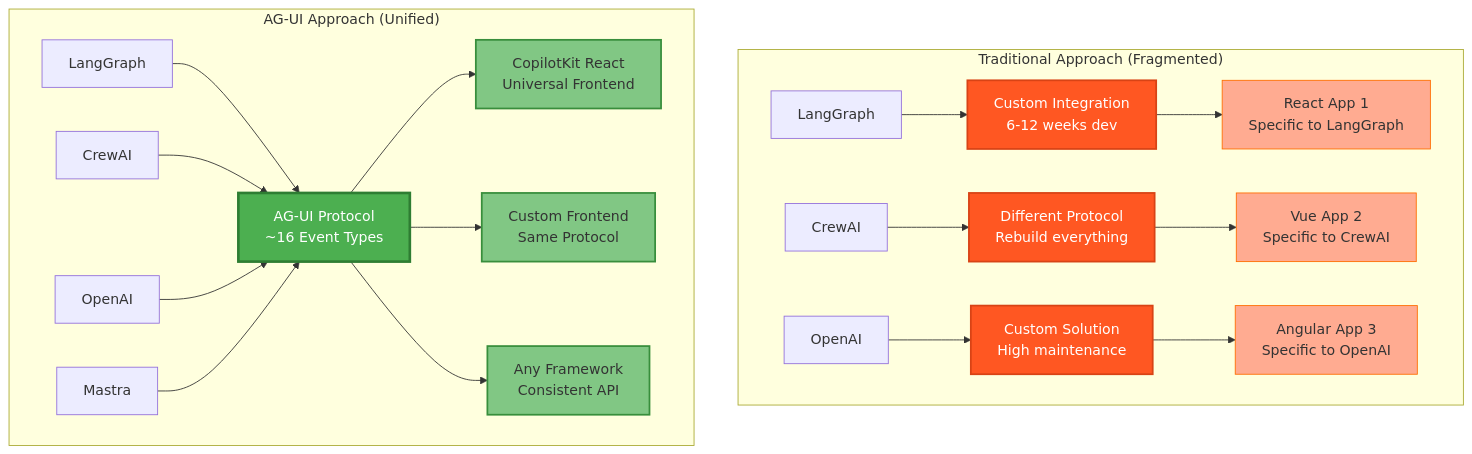
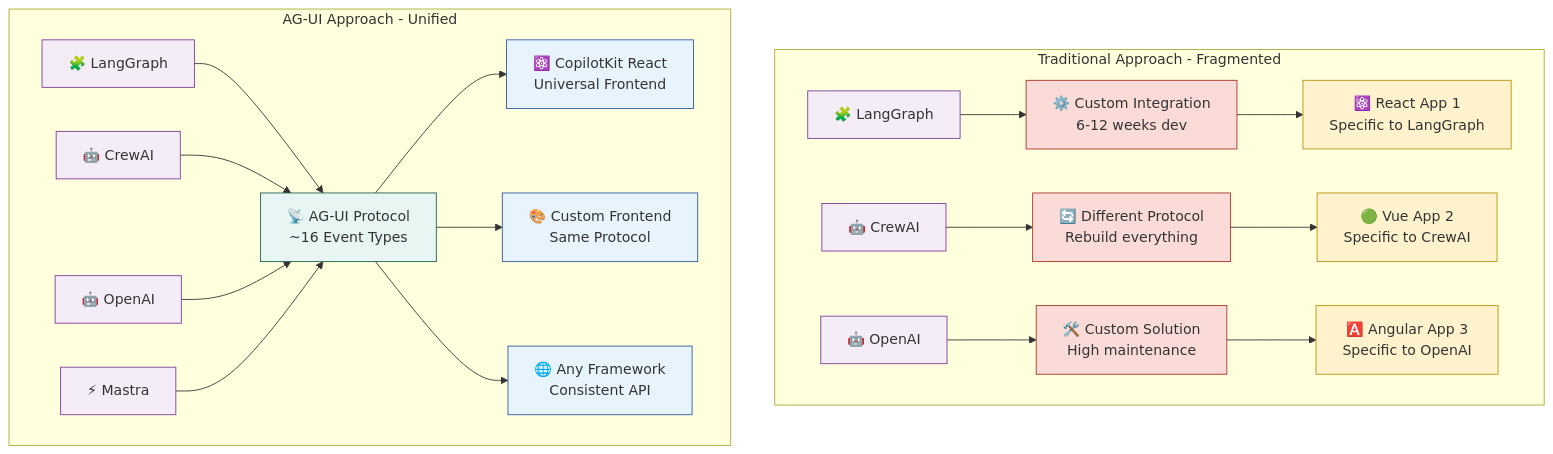
One commit to raphaelmansuy/tutorials changed the second of 9 diagrams in 33_ag_ui.md. Above: the diagram before and after it, drawn with Mermaid. The commit also changed other lines of this file, not shown here.

Commit message:
Enhance AG-UI tutorial with improved Mermaid diagrams, adding icons and styles for better visualization and clarity in integration challenges and protocol comparisons.

````diff
--- a/33_ag_ui.md
+++ b/33_ag_ui.md
@@ -136,34 +150,41 @@
 ```mermaid
 flowchart TB
-    subgraph "Traditional Approach (Fragmented)"
-        A1[LangGraph] --> B1[Custom Integration<br/>6-12 weeks dev]
-        A2[CrewAI] --> B2[Different Protocol<br/>Rebuild everything]
-        A3[OpenAI] --> B3[Custom Solution<br/>High maintenance]
+    subgraph "Traditional Approach - Fragmented"
+        A1[🧩 LangGraph] --> B1[⚙️ Custom Integration<br/>6-12 weeks dev]
+        A2[🤖 CrewAI] --> B2[🔄 Different Protocol<br/>Rebuild everything]
+        A3[🤖 OpenAI] --> B3[🛠️ Custom Solution<br/>High maintenance]
         
-        B1 --> C1[React App 1<br/>Specific to LangGraph]
-        B2 --> C2[Vue App 2<br/>Specific to CrewAI]
-        B3 --> C3[Angular App 3<br/>Specific to OpenAI]
+        B1 --> C1[⚛️ React App 1<br/>Specific to LangGraph]
+        B2 --> C2[🟢 Vue App 2<br/>Specific to CrewAI]
+        B3 --> C3[🅰️ Angular App 3<br/>Specific to OpenAI]
     end
     
-    subgraph "AG-UI Approach (Unified)"
-        D1[LangGraph] --> E[AG-UI Protocol<br/>~16 Event Types]
-        D2[CrewAI] --> E
-        D3[OpenAI] --> E
-        D4[Mastra] --> E
+    subgraph "AG-UI Approach - Unified"
+        D1[🧩 LangGraph] --> E[📡 AG-UI Protocol<br/>~16 Event Types]
+        D2[🤖 CrewAI] --> E
+        D3[🤖 OpenAI] --> E
+        D4[⚡ Mastra] --> E
         
-        E --> F1[CopilotKit React<br/>Universal Frontend]
-        E --> F2[Custom Frontend<br/>Same Protocol]
-        E --> F3[Any Framework<br/>Consistent API]
+        E --> F1[⚛️ CopilotKit React<br/>Universal Frontend]
+        E --> F2[🎨 Custom Frontend<br/>Same Protocol]
+        E --> F3[🌐 Any Framework<br/>Consistent API]
     end
     
-    style E fill:#4caf50,color:#fff,stroke:#2e7d32,stroke-width:3px
-    style B1 fill:#ff5722,color:#fff,stroke:#d84315,stroke-width:2px
-    style B2 fill:#ff5722,color:#fff,stroke:#d84315,stroke-width:2px
-    style B3 fill:#ff5722,color:#fff,stroke:#d84315,stroke-width:2px
-    style F1 fill:#81c784,stroke:#388e3c,stroke-width:2px
-    style F2 fill:#81c784,stroke:#388e3c,stroke-width:2px
-    style F3 fill:#81c784,stroke:#388e3c,stroke-width:2px
-    style C1 fill:#ffab91,stroke:#ff6d00,stroke-width:1px
-    style C2 fill:#ffab91,stroke:#ff6d00,stroke-width:1px
-    style C3 fill:#ffab91,stroke:#ff6d00,stroke-width:1px
+    style E fill:#E8F6F3,stroke:#1B5E4F
+    style B1 fill:#FADBD8,stroke:#A93226
+    style B2 fill:#FADBD8,stroke:#A93226
+    style B3 fill:#FADBD8,stroke:#A93226
+    style F1 fill:#E8F4FD,stroke:#2C5AA0
+    style F2 fill:#E8F4FD,stroke:#2C5AA0
+    style F3 fill:#E8F4FD,stroke:#2C5AA0
+    style C1 fill:#FFF2CC,stroke:#B7950B
+    style C2 fill:#FFF2CC,stroke:#B7950B
+    style C3 fill:#FFF2CC,stroke:#B7950B
+    style A1 fill:#F4ECF7,stroke:#7D3C98
+    style A2 fill:#F4ECF7,stroke:#7D3C98
+    style A3 fill:#F4ECF7,stroke:#7D3C98
+    style D1 fill:#F4ECF7,stroke:#7D3C98
+    style D2 fill:#F4ECF7,stroke:#7D3C98
+    style D3 fill:#F4ECF7,stroke:#7D3C98
+    style D4 fill:#F4ECF7,stroke:#7D3C98
 ```
````
